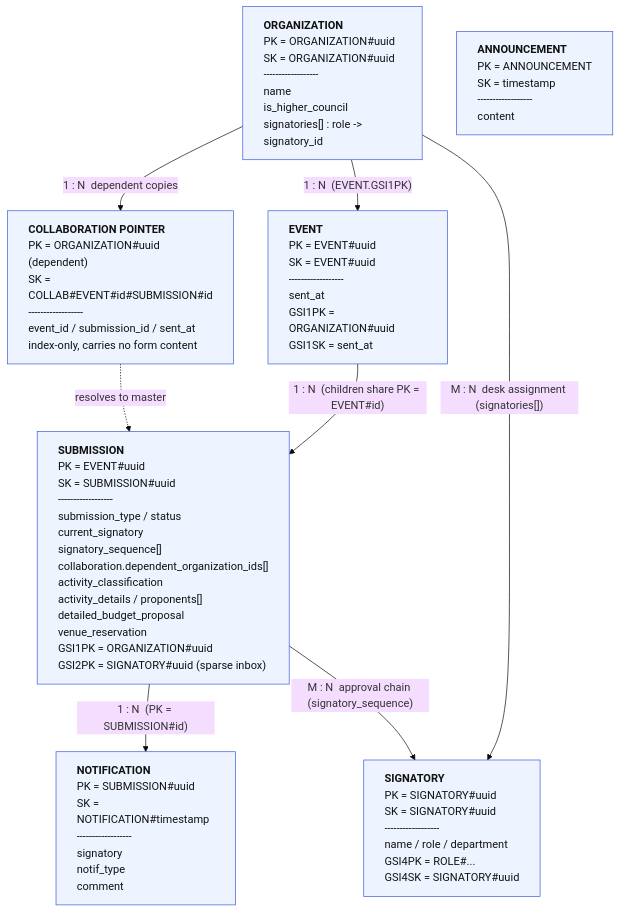
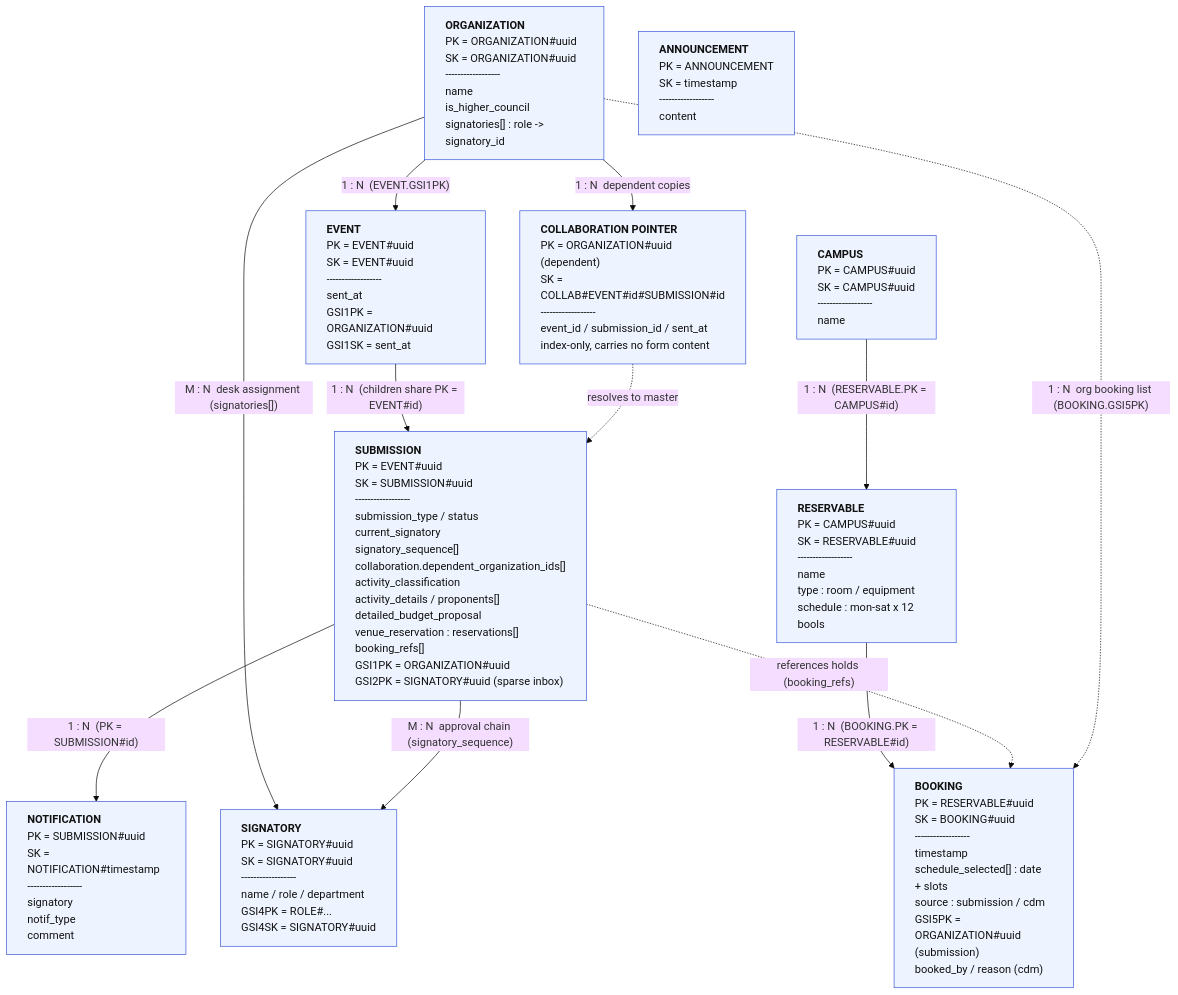
Before and after one commit to nomorepinto/mapua-apex: the diagram in docs/erd/erd.mmd, drawn with Mermaid (base theme). The commit also changed 87 other files, not shown here.

Commit message:
cdm room scheduler

```diff
--- a/docs/erd/erd.mmd
+++ b/docs/erd/erd.mmd
@@ -1,32 +1,42 @@
 %% mapua-apex - Conceptual ERD (DynamoDB single-table design)
 %% Laid out top-down (graph TD) so the diagram renders vertically and fits
 %% an 8.5x11 portrait page without horizontal cut-off.
 %% Relationships are LOGICAL only: DynamoDB stores no foreign keys, IDs are
 %% copied onto items and resolved at write time.
 %% DEADLINE REMINDER is intentionally omitted (deprecated: orphaned read path,
 %% no producer). See "DynamoDB Schema.txt" -> Deprecated / removed objects.
 graph TD
     ORGANIZATION["<b>ORGANIZATION</b><br/>PK = ORGANIZATION#uuid<br/>SK = ORGANIZATION#uuid<br/>------------------<br/>name<br/>is_higher_council<br/>signatories[] : role -&gt; signatory_id"]
 
     EVENT["<b>EVENT</b><br/>PK = EVENT#uuid<br/>SK = EVENT#uuid<br/>------------------<br/>sent_at<br/>GSI1PK = ORGANIZATION#uuid<br/>GSI1SK = sent_at"]
 
-    SUBMISSION["<b>SUBMISSION</b><br/>PK = EVENT#uuid<br/>SK = SUBMISSION#uuid<br/>------------------<br/>submission_type / status<br/>current_signatory<br/>signatory_sequence[]<br/>collaboration.dependent_organization_ids[]<br/>activity_classification<br/>activity_details / proponents[]<br/>detailed_budget_proposal<br/>venue_reservation<br/>GSI1PK = ORGANIZATION#uuid<br/>GSI2PK = SIGNATORY#uuid (sparse inbox)"]
+    SUBMISSION["<b>SUBMISSION</b><br/>PK = EVENT#uuid<br/>SK = SUBMISSION#uuid<br/>------------------<br/>submission_type / status<br/>current_signatory<br/>signatory_sequence[]<br/>collaboration.dependent_organization_ids[]<br/>activity_classification<br/>activity_details / proponents[]<br/>detailed_budget_proposal<br/>venue_reservation : reservations[]<br/>booking_refs[]<br/>GSI1PK = ORGANIZATION#uuid<br/>GSI2PK = SIGNATORY#uuid (sparse inbox)"]
 
     NOTIFICATION["<b>NOTIFICATION</b><br/>PK = SUBMISSION#uuid<br/>SK = NOTIFICATION#timestamp<br/>------------------<br/>signatory<br/>notif_type<br/>comment"]
 
     SIGNATORY["<b>SIGNATORY</b><br/>PK = SIGNATORY#uuid<br/>SK = SIGNATORY#uuid<br/>------------------<br/>name / role / department<br/>GSI4PK = ROLE#...<br/>GSI4SK = SIGNATORY#uuid"]
 
     COLLAB["<b>COLLABORATION POINTER</b><br/>PK = ORGANIZATION#uuid (dependent)<br/>SK = COLLAB#EVENT#id#SUBMISSION#id<br/>------------------<br/>event_id / submission_id / sent_at<br/>index-only, carries no form content"]
 
     ANNOUNCEMENT["<b>ANNOUNCEMENT</b><br/>PK = ANNOUNCEMENT<br/>SK = timestamp<br/>------------------<br/>content"]
 
+    CAMPUS["<b>CAMPUS</b><br/>PK = CAMPUS#uuid<br/>SK = CAMPUS#uuid<br/>------------------<br/>name"]
+
+    RESERVABLE["<b>RESERVABLE</b><br/>PK = CAMPUS#uuid<br/>SK = RESERVABLE#uuid<br/>------------------<br/>name<br/>type : room / equipment<br/>schedule : mon-sat x 12 bools"]
+
+    BOOKING["<b>BOOKING</b><br/>PK = RESERVABLE#uuid<br/>SK = BOOKING#uuid<br/>------------------<br/>timestamp<br/>schedule_selected[] : date + slots<br/>source : submission / cdm<br/>GSI5PK = ORGANIZATION#uuid (submission)<br/>booked_by / reason (cdm)"]
+
     ORGANIZATION -->|"1 : N &nbsp;(EVENT.GSI1PK)"| EVENT
     EVENT -->|"1 : N &nbsp;(children share PK = EVENT#id)"| SUBMISSION
     SUBMISSION -->|"1 : N &nbsp;(PK = SUBMISSION#id)"| NOTIFICATION
     ORGANIZATION -->|"M : N &nbsp;desk assignment (signatories[])"| SIGNATORY
     SUBMISSION -->|"M : N &nbsp;approval chain (signatory_sequence)"| SIGNATORY
     ORGANIZATION -->|"1 : N &nbsp;dependent copies"| COLLAB
     COLLAB -.->|"resolves to master"| SUBMISSION
+    CAMPUS -->|"1 : N &nbsp;(RESERVABLE.PK = CAMPUS#id)"| RESERVABLE
+    RESERVABLE -->|"1 : N &nbsp;(BOOKING.PK = RESERVABLE#id)"| BOOKING
+    SUBMISSION -.->|"references holds (booking_refs)"| BOOKING
+    ORGANIZATION -.->|"1 : N &nbsp;org booking list (BOOKING.GSI5PK)"| BOOKING
 
     classDef entity fill:#eef4ff,stroke:#3b5bdb,stroke-width:1px,color:#111111,text-align:left;
-    class ORGANIZATION,EVENT,SUBMISSION,NOTIFICATION,SIGNATORY,COLLAB,ANNOUNCEMENT entity;
+    class ORGANIZATION,EVENT,SUBMISSION,NOTIFICATION,SIGNATORY,COLLAB,ANNOUNCEMENT,CAMPUS,RESERVABLE,BOOKING entity;
```
